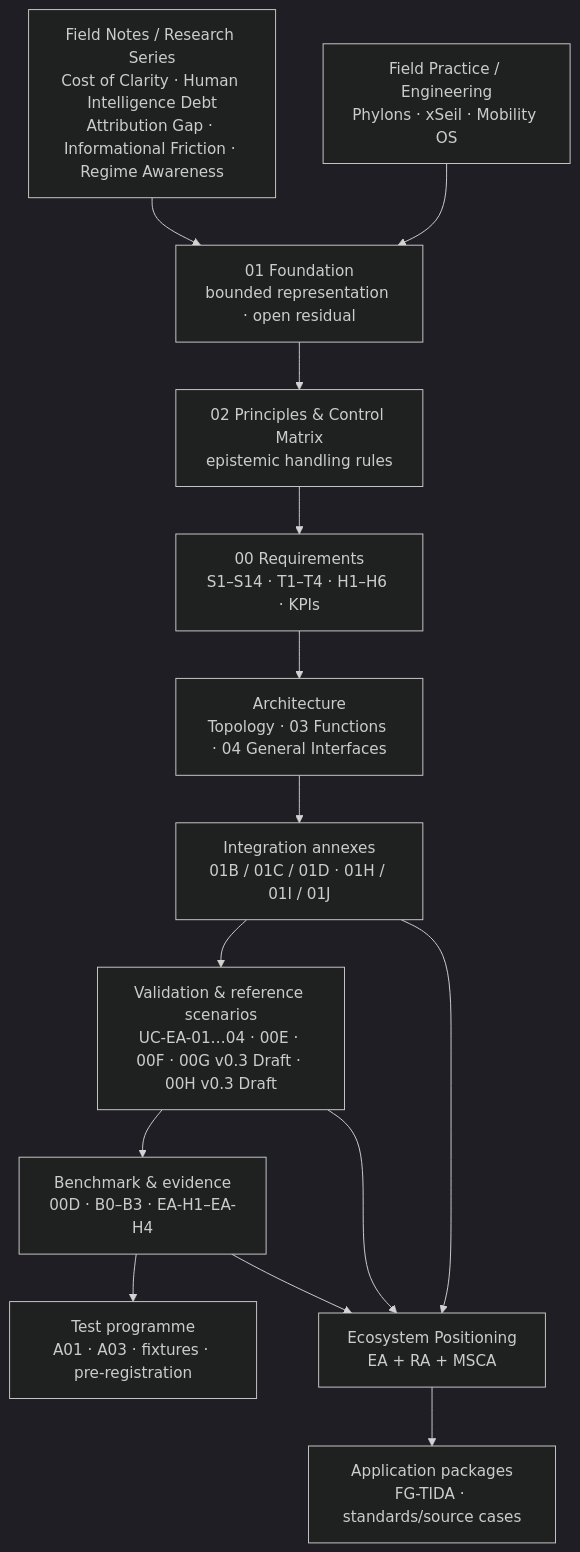
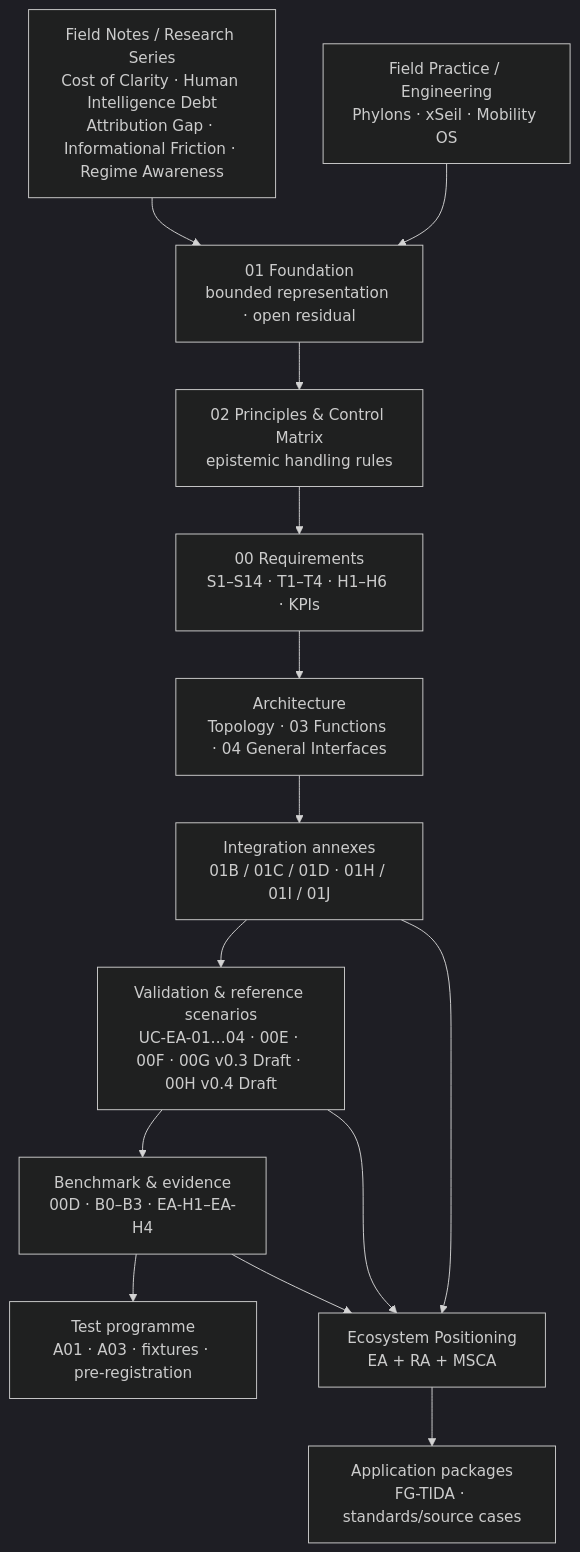
Before and after one commit to dakleyer/structural-awareness-contributions: the first of 9 diagrams in research/ecosystem-awareness/VISUAL_GUIDE.md, drawn with Mermaid (dark theme). The commit also changed other lines of this file, not shown here.

````diff
--- a/research/ecosystem-awareness/VISUAL_GUIDE.md
+++ b/research/ecosystem-awareness/VISUAL_GUIDE.md
@@ -9,23 +9,23 @@
 ```mermaid
 flowchart TB
     FN["Field Notes / Research Series<br/>Cost of Clarity · Human Intelligence Debt<br/>Attribution Gap · Informational Friction · Regime Awareness"]
     ENG["Field Practice / Engineering<br/>Phylons · xSeil · Mobility OS"]
     F["01 Foundation<br/>bounded representation · open residual"]
     P["02 Principles & Control Matrix<br/>epistemic handling rules"]
     R["00 Requirements<br/>S1–S14 · T1–T4 · H1–H6 · KPIs"]
     A["Architecture<br/>Topology · 03 Functions · 04 General Interfaces"]
     I["Integration annexes<br/>01B / 01C / 01D · 01H / 01I / 01J"]
-    V["Validation & reference scenarios<br/>UC-EA-01…04 · 00E · 00F · 00G v0.3 Draft · 00H v0.3 Draft"]
+    V["Validation & reference scenarios<br/>UC-EA-01…04 · 00E · 00F · 00G v0.3 Draft · 00H v0.4 Draft"]
     B["Benchmark & evidence<br/>00D · B0–B3 · EA-H1–EA-H4"]
     T["Test programme<br/>A01 · A03 · fixtures · pre-registration"]
     EP["Ecosystem Positioning<br/>EA + RA + MSCA"]
     APP["Application packages<br/>FG-TIDA · standards/source cases"]
 
     FN --> F
     ENG --> F
     F --> P --> R --> A --> I --> V --> B --> T
     I --> EP
     V --> EP
     B --> EP
     EP --> APP
 ```
````
